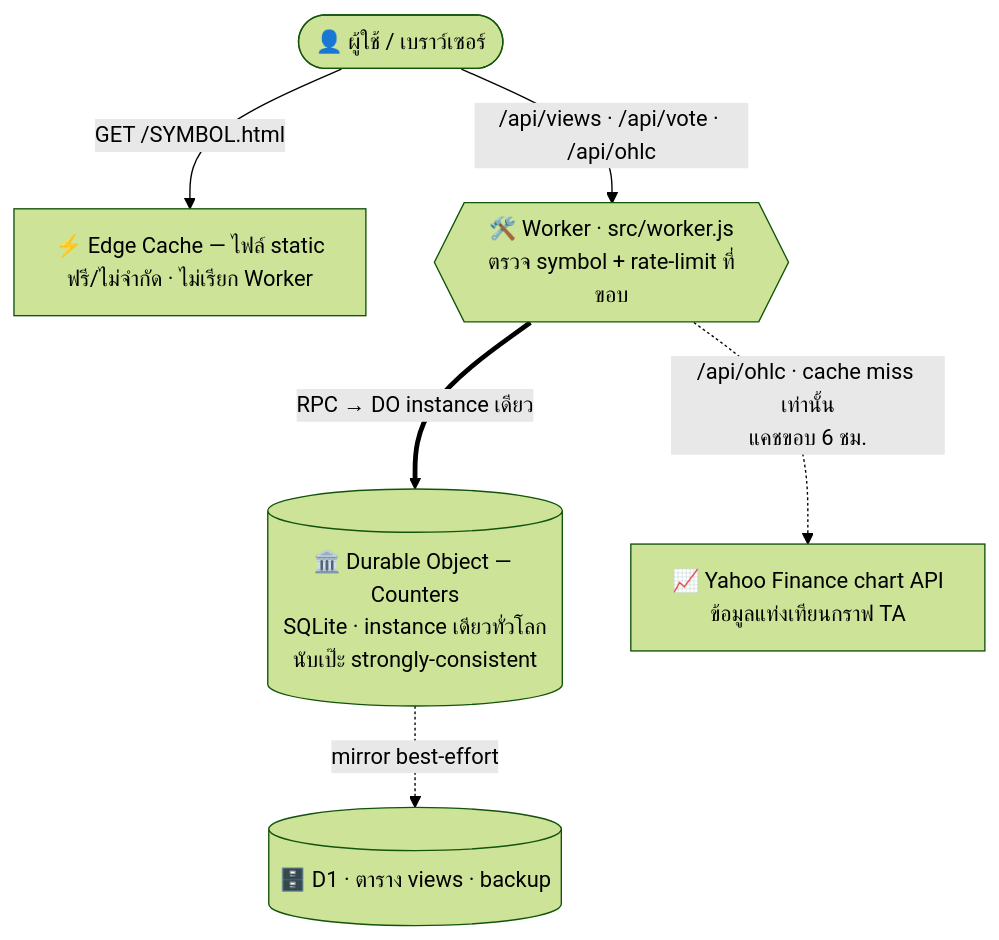
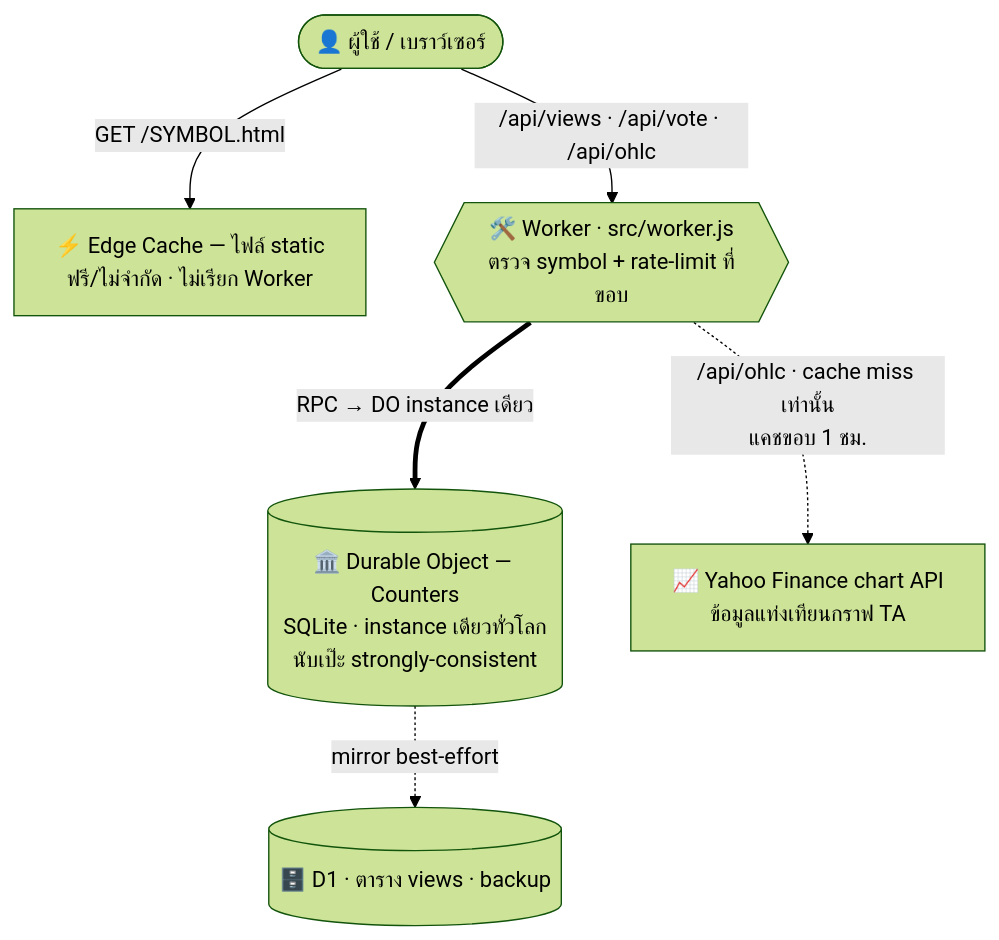
Before and after one commit to iam1412/stock-analysis: the diagram in README.md, drawn with Mermaid (forest theme). The commit also changed other lines of this file and 3 other files, not shown here.

````diff
--- a/README.md
+++ b/README.md
@@ -54,9 +73,9 @@
 ```mermaid
 flowchart TD
     U(["👤 ผู้ใช้ / เบราว์เซอร์"])
     U -->|"GET /SYMBOL.html"| CACHE["⚡ Edge Cache — ไฟล์ static<br/>ฟรี/ไม่จำกัด · ไม่เรียก Worker"]
     U -->|"/api/views · /api/vote · /api/ohlc"| W{{"🛠️ Worker · src/worker.js<br/>ตรวจ symbol + rate-limit ที่ขอบ"}}
     W ==>|"RPC → DO instance เดียว"| DO[("🏛️ Durable Object — Counters<br/>SQLite · instance เดียวทั่วโลก<br/>นับเป๊ะ strongly-consistent")]
     DO -.->|"mirror best-effort"| D1[("🗄️ D1 · ตาราง views · backup")]
-    W -.->|"/api/ohlc · cache miss เท่านั้น<br/>แคชขอบ 6 ชม."| Y["📈 Yahoo Finance chart API<br/>ข้อมูลแท่งเทียนกราฟ TA"]
+    W -.->|"/api/ohlc · cache miss เท่านั้น<br/>แคชขอบ 1 ชม."| Y["📈 Yahoo Finance chart API<br/>ข้อมูลแท่งเทียนกราฟ TA"]
 ```
````
